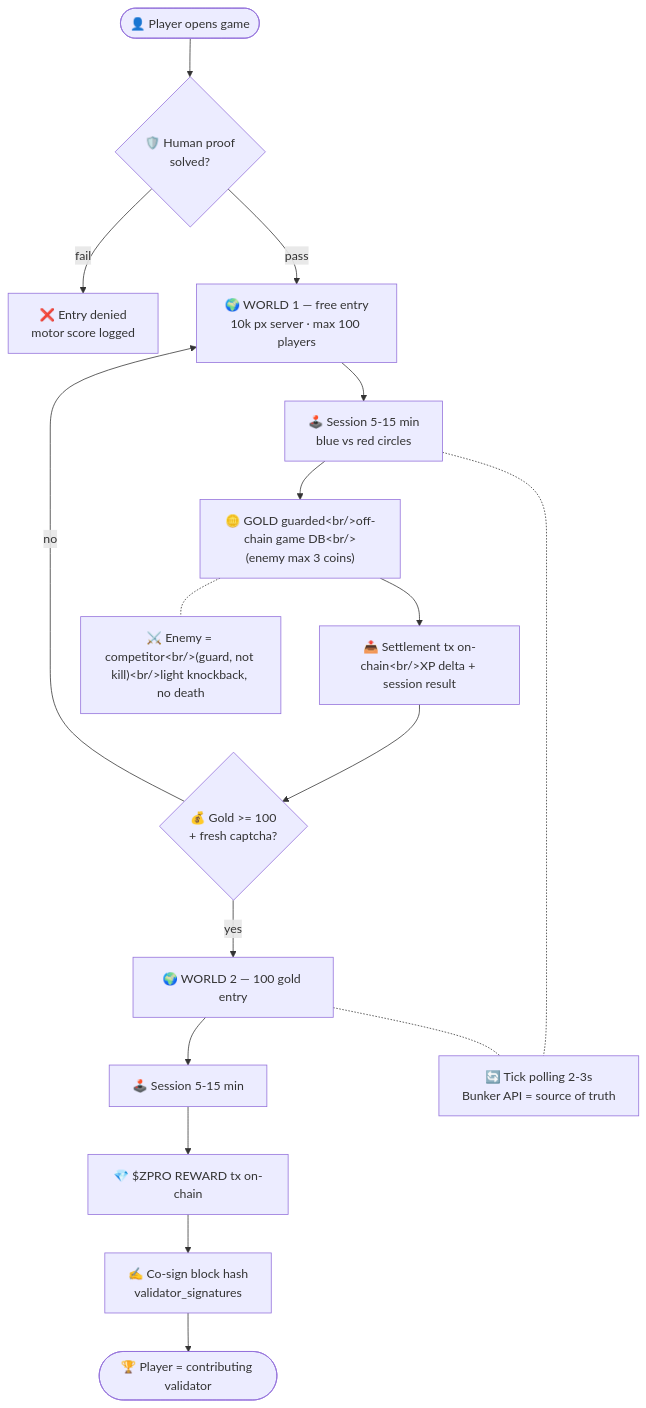
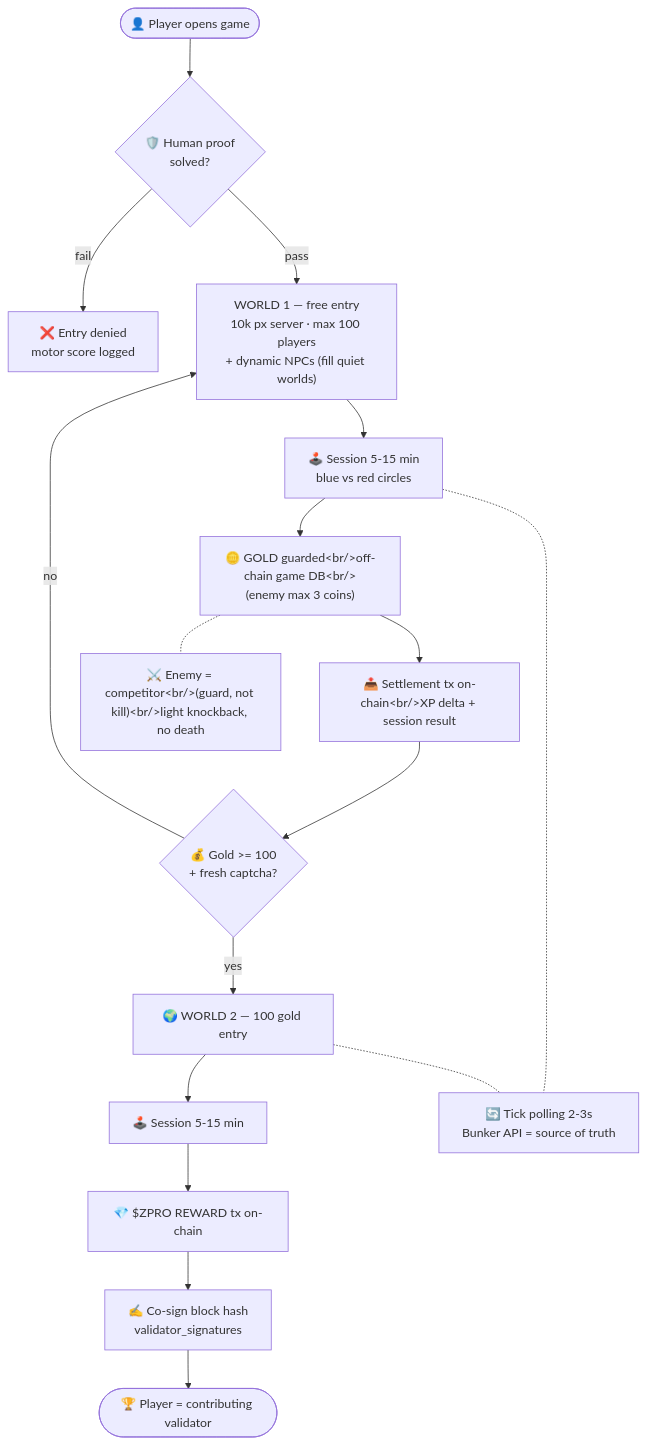
One commit to Ringga999/zcp2o-protocol changed the diagram in implementations/zcp2o-circle/circle-launcher.mmd. Above: the diagram before and after it, drawn with Mermaid. The commit also changed 2 other files, not shown here.

Commit message:
docs: add dynamic NPC population + block server lifecycle policy

```diff
--- a/implementations/zcp2o-circle/circle-launcher.mmd
+++ b/implementations/zcp2o-circle/circle-launcher.mmd
@@ -1,17 +1,17 @@
 flowchart TB
     A(["👤 Player opens game"]) --> B{"🛡️ Human proof<br/>solved?"}
     B -- fail --> X["❌ Entry denied<br/>motor score logged"]
-    B -- pass --> C["🌍 WORLD 1 — free entry<br/>10k px server · max 100 players"]
+    B -- pass --> C[" WORLD 1 — free entry<br/>10k px server · max 100 players<br/>+ dynamic NPCs (fill quiet worlds)"]
     C --> D["🕹️ Session 5-15 min<br/>blue vs red circles"]
     D --> E["🪙 GOLD guarded&lt;br/&gt;off-chain game DB&lt;br/&gt;(enemy max 3 coins)"]
     E --> F["📤 Settlement tx on-chain&lt;br/&gt;XP delta + session result"]
     E -.- N["⚔️ Enemy = competitor&lt;br/&gt;(guard, not kill)&lt;br/&gt;light knockback, no death"]
     F --> G{"💰 Gold >= 100<br/>+ fresh captcha?"}
     G -- no --> C
     G -- yes --> H["🌍 WORLD 2 — 100 gold entry"]
     H --> I["🕹️ Session 5-15 min"]
     I --> J["💎 $ZPRO REWARD tx on-chain"]
     J --> K["✍️ Co-sign block hash<br/>validator_signatures"]
     K --> L(["🏆 Player = contributing validator"])
     D -.- T["🔄 Tick polling 2-3s<br/>Bunker API = source of truth"]
     H -.- T
```
